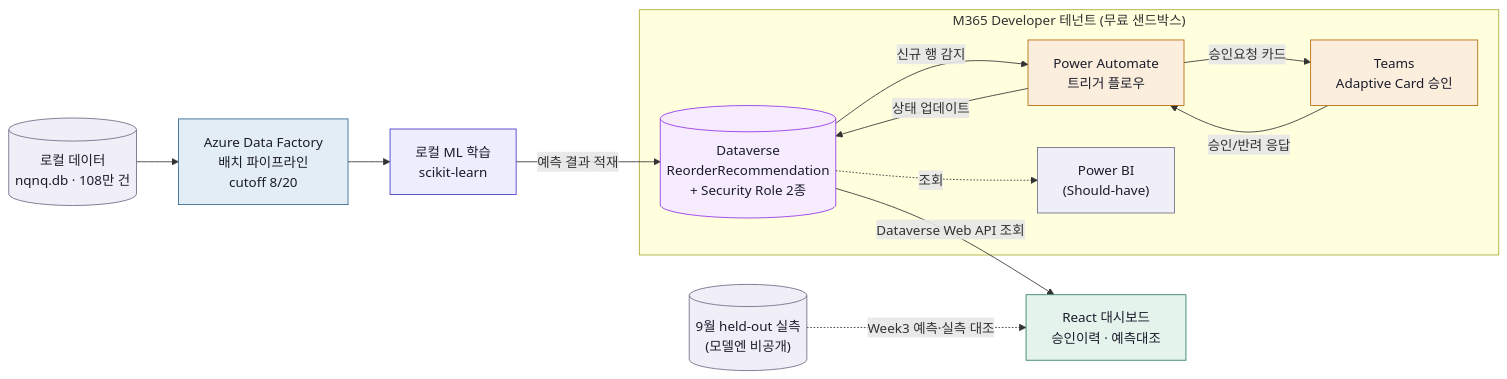
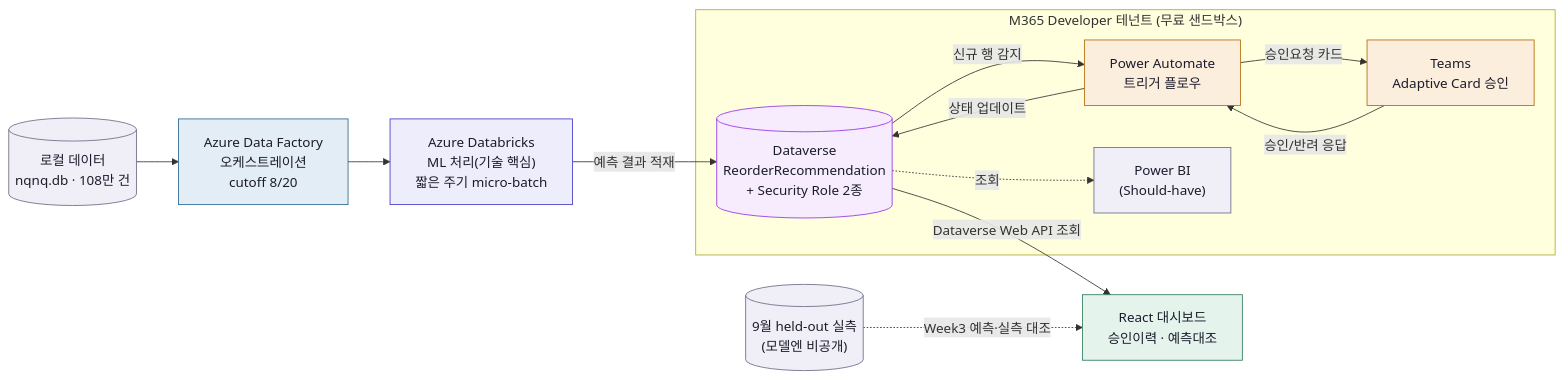
The diagram in 20.ARCHITECTURE/21. Appservice Core model.md (nklee-git/ms2nd-fashion-ai-agent), drawn with Mermaid before and after one commit. The commit also changed other lines of this file and 40 other files, not shown here.

````diff
--- a/20.ARCHITECTURE/21. Appservice Core model.md
+++ b/20.ARCHITECTURE/21. Appservice Core model.md
@@ -47,42 +47,42 @@
 ```mermaid
 flowchart LR
     src[("로컬 데이터<br/>nqnq.db · 108만 건")]
-    df["Azure Data Factory<br/>배치 파이프라인<br/>cutoff 8/20"]
-    ml["로컬 ML 학습<br/>scikit-learn"]
+    df["Azure Data Factory<br/>오케스트레이션<br/>cutoff 8/20"]
+    ml["Azure Databricks<br/>ML 처리(기술 핵심)<br/>짧은 주기 micro-batch"]
 
     subgraph tenant["M365 Developer 테넌트 (무료 샌드박스)"]
         dv[("Dataverse<br/>ReorderRecommendation<br/>+ Security Role 2종")]
         pa["Power Automate<br/>트리거 플로우"]
         teams["Teams<br/>Adaptive Card 승인"]
         bi["Power BI<br/>(Should-have)"]
     end
 
     dash["React 대시보드<br/>승인이력 · 예측대조"]
     holdout[("9월 held-out 실측<br/>(모델엔 비공개)")]
 
     src --> df --> ml -->|예측 결과 적재| dv
     dv -->|신규 행 감지| pa
     pa -->|승인요청 카드| teams
     teams -->|승인/반려 응답| pa
     pa -->|상태 업데이트| dv
     dv -.조회.-> bi
     dv -->|Dataverse Web API 조회| dash
     holdout -.Week3 예측·실측 대조.-> dash
 
     classDef data fill:#e3edf5,stroke:#2f6690,color:#1b1c2b;
     classDef mlcls fill:#eeedfc,stroke:#4338ca,color:#1b1c2b;
     classDef infra fill:#f6ecfd,stroke:#9333ea,color:#1b1c2b;
     classDef auto fill:#fbeedd,stroke:#b4690a,color:#1b1c2b;
     classDef dashcls fill:#e4f3ec,stroke:#2f7d5e,color:#1b1c2b;
     classDef neutral fill:#f0eff8,stroke:#6b6c85,color:#1b1c2b;
 
     class df data
     class ml mlcls
     class dv infra
     class pa auto
     class teams auto
     class dash dashcls
     class src neutral
     class holdout neutral
     class bi neutral
 ```
````
